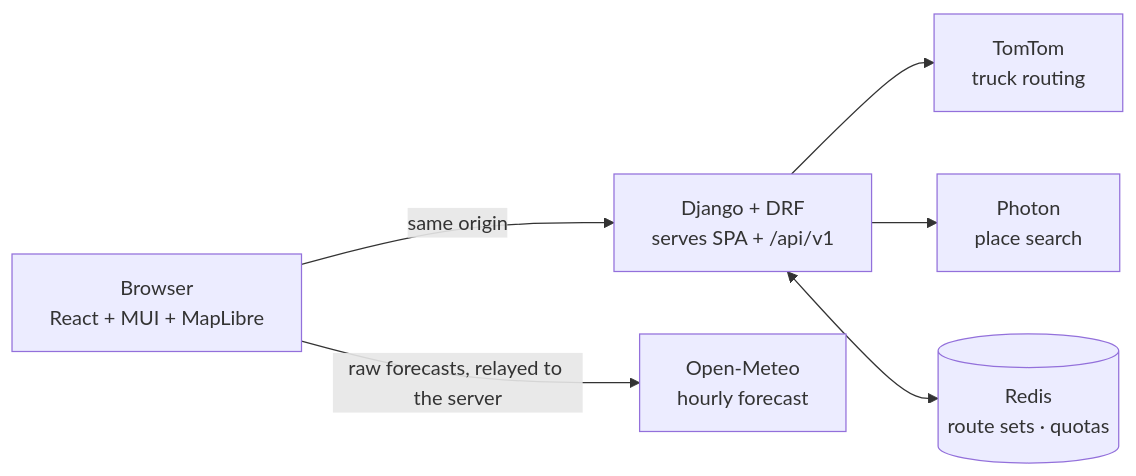
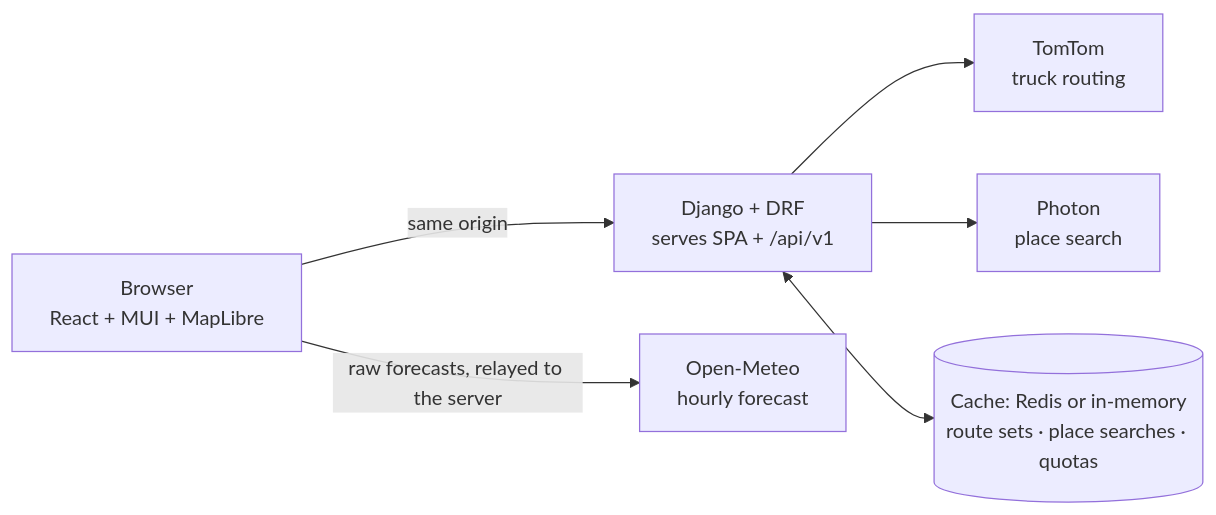
Before and after one commit to ayushh0110/full-stack-assessment: the diagram in README.md, drawn with Mermaid. The commit also changed other lines of this file, not shown here.

First line of the commit message:
Describe the cache accurately

````diff
--- a/README.md
+++ b/README.md
@@ -51,8 +51,8 @@
 ```mermaid
 flowchart LR
   B[Browser<br/>React + MUI + MapLibre] -- same origin --> W[Django + DRF<br/>serves SPA + /api/v1]
   W --> TT[TomTom<br/>truck routing]
   W --> PH[Photon<br/>place search]
-  W <--> R[(Redis<br/>route sets · quotas)]
+  W <--> R[(Cache: Redis or in-memory<br/>route sets · place searches · quotas)]
   B -- raw forecasts, relayed to the server --> OM[Open-Meteo<br/>hourly forecast]
 ```
````
